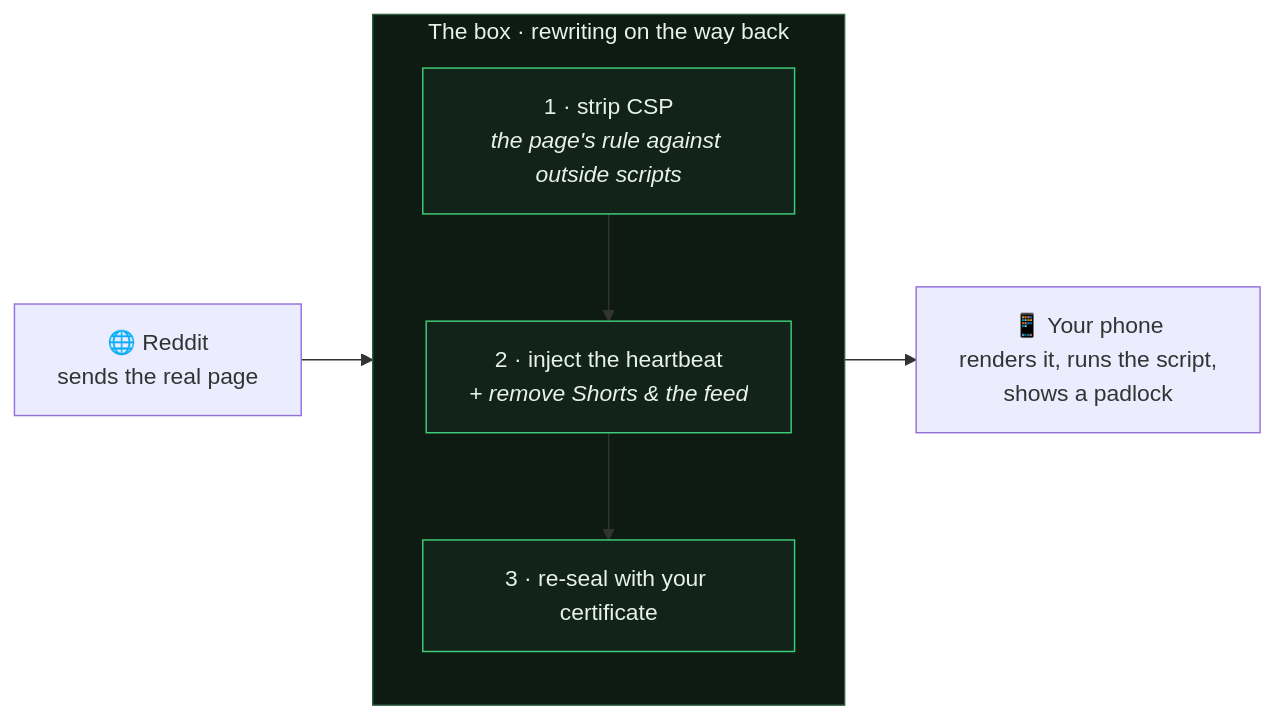
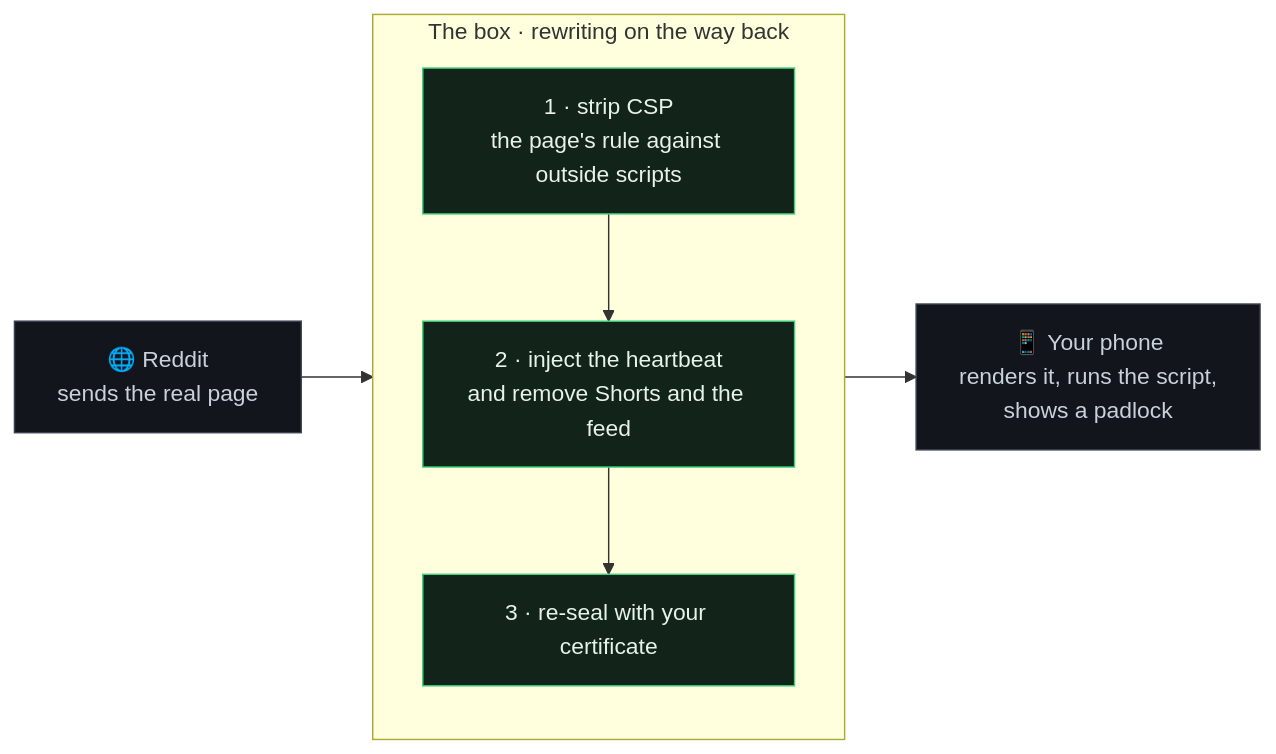
Before and after one commit to Chauhan-Siddharth-git/cooldown: the third of 7 diagrams in ARCHITECTURE.md, drawn with Mermaid. The commit also changed other lines of this file, not shown here.

First line of the commit message:
ARCHITECTURE: fix diagrams that GitHub refused to render

````diff
--- a/ARCHITECTURE.md
+++ b/ARCHITECTURE.md
@@ -136,19 +134,19 @@
 ```mermaid
 flowchart LR
     S["🌐 Reddit<br/>sends the real page"]
-    subgraph rew ["The box · rewriting on the way back"]
+    subgraph rew["The box · rewriting on the way back"]
         direction TB
-        A["1 · strip CSP<br/><i>the page's rule against outside scripts</i>"]
-        B["2 · inject the heartbeat<br/><i>+ remove Shorts &amp; the feed</i>"]
+        A["1 · strip CSP<br/>the page's rule against outside scripts"]
+        B["2 · inject the heartbeat<br/>and remove Shorts and the feed"]
         C["3 · re-seal with your certificate"]
         A --> B --> C
     end
     D["📱 Your phone<br/>renders it, runs the script,<br/>shows a padlock"]
     S --> A
     C --> D
 
-    style rew fill:#0d1b12,stroke:#2f5d43,color:#e6f2ea
-    style A fill:#12241a,stroke:#3ecf7c,color:#e6f2ea
-    style B fill:#12241a,stroke:#3ecf7c,color:#e6f2ea
-    style C fill:#12241a,stroke:#3ecf7c,color:#e6f2ea
+    classDef step fill:#12241a,stroke:#3ecf7c,color:#e6f2ea
+    classDef ends fill:#12161c,stroke:#3a4150,color:#c9d1d9
+    class A,B,C step
+    class S,D ends
 ```
````
